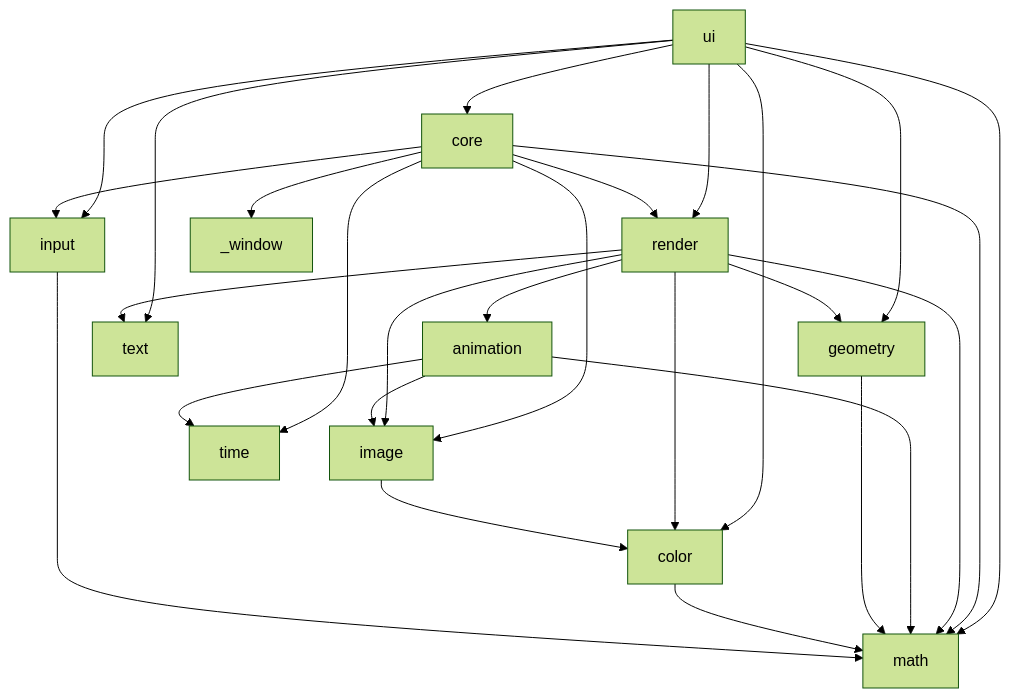
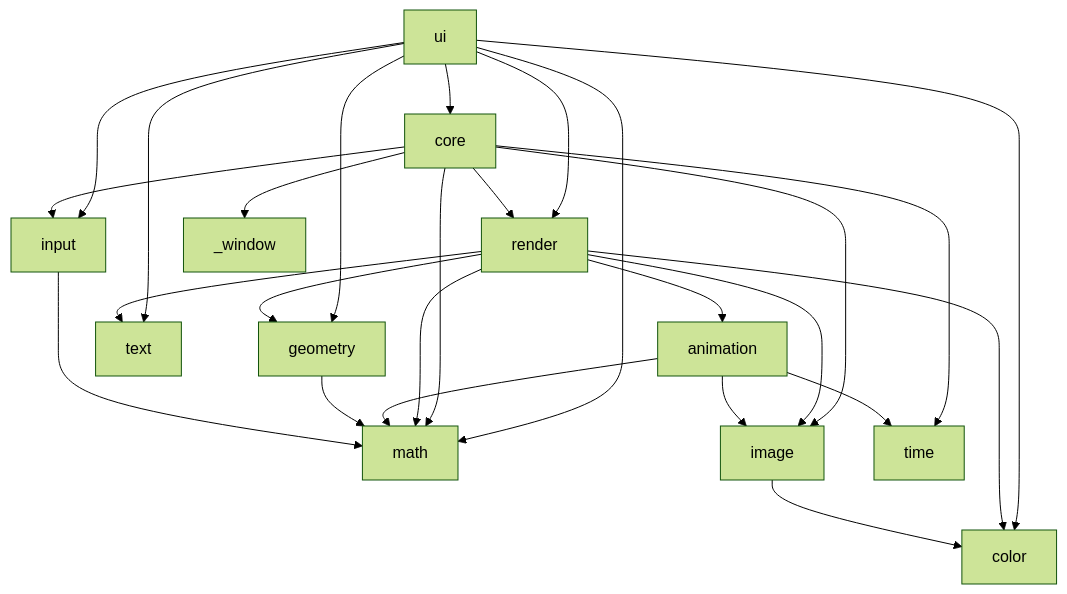
Before and after one commit to create-framework/create: the second of 2 diagrams in ARCHITECTURE.md, drawn with Mermaid (forest theme). The commit also changed other lines of this file and 16 other files, not shown here.

````diff
--- a/ARCHITECTURE.md
+++ b/ARCHITECTURE.md
@@ -89,29 +89,28 @@
 ```mermaid
 flowchart TD
     ui --> core
     ui --> render
     ui --> geometry
     ui --> color
     ui --> text
     ui --> input
     ui --> math
     core --> _window
     core --> math
     core --> render
     core --> image
     core --> input
     core --> time
     render --> math
     render --> text
     render --> geometry
     render --> color
     render --> image
     render --> animation
     animation --> image
     animation --> math
     animation --> time
     geometry --> math
     image --> color
-    color --> math
     input --> math
 ```
````
